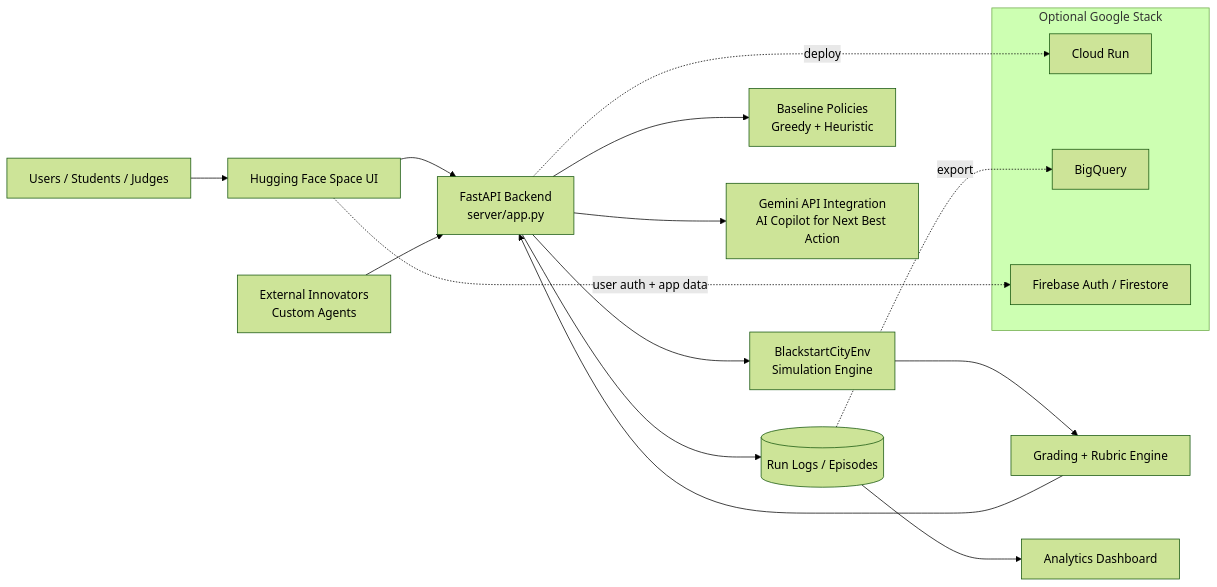
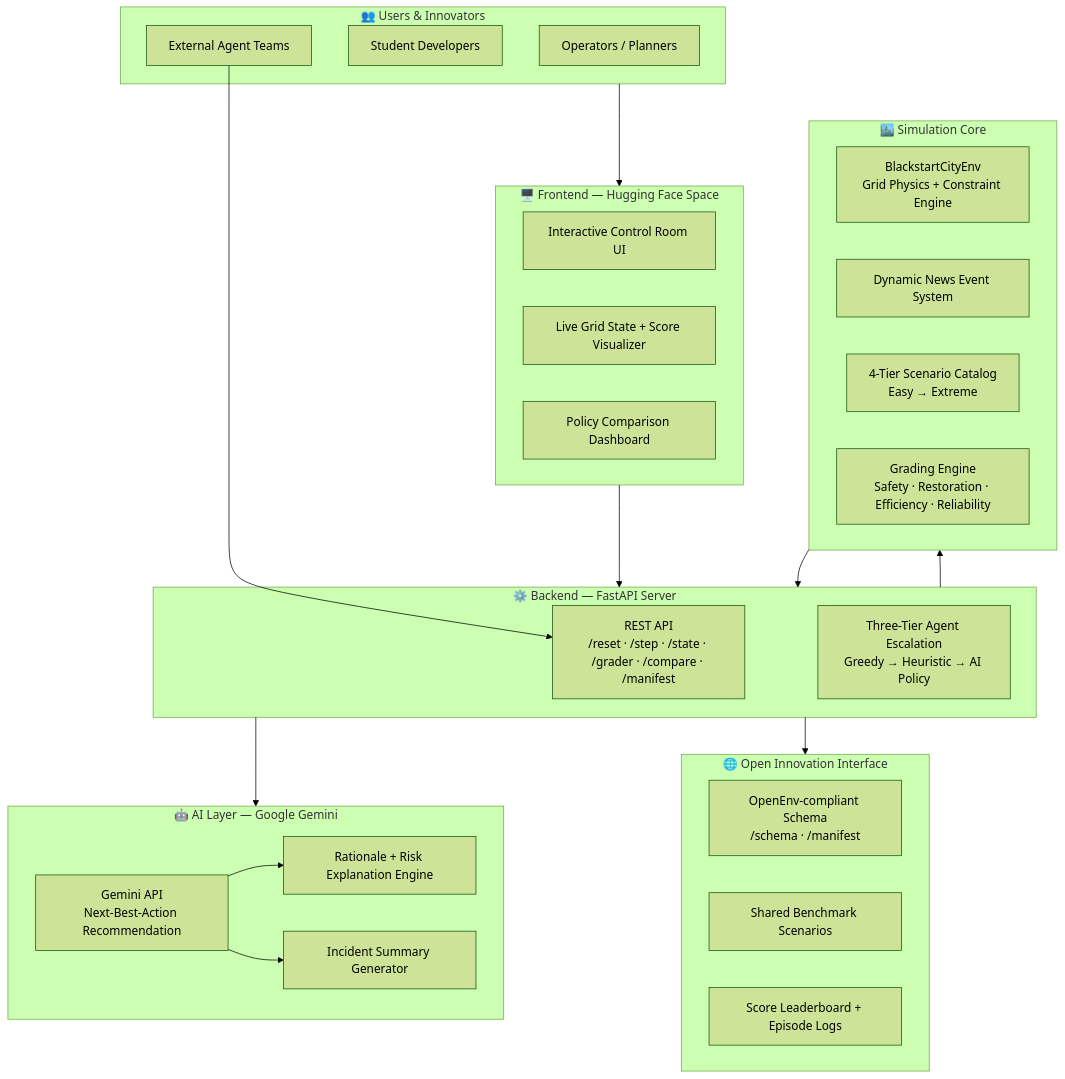
Before and after one commit to Ankitpatil944/blackout-city: the diagram in README.md, drawn with Mermaid (forest theme). The commit also changed other lines of this file, not shown here.

First line of the commit message:
docs: add win-worthy open innovation architecture diagram with Gemini as core AI layer

````diff
--- a/README.md
+++ b/README.md
@@ -70,27 +70,48 @@
 ```mermaid
-flowchart LR
-    U[Users / Students / Judges] --> HF[Hugging Face Space UI]
-
-    HF --> API[FastAPI Backend<br/>server/app.py]
-    API --> ENV[BlackstartCityEnv<br/>Simulation Engine]
-    ENV --> GR[Grading + Rubric Engine]
-    GR --> API
-
-    API --> BASE[Baseline Policies<br/>Greedy + Heuristic]
-    API --> LLM[Gemini API Integration<br/>AI Copilot for Next Best Action]
-
-    API --> LOGS[(Run Logs / Episodes)]
-    LOGS --> DASH[Analytics Dashboard]
-
-    EXT[External Innovators<br/>Custom Agents] --> API
-
-    subgraph Optional Google Stack
-      RUN[Cloud Run]
-      BQ[BigQuery]
-      FB[Firebase Auth / Firestore]
+flowchart TB
+    subgraph Users["👥 Users & Innovators"]
+        U1[Operators / Planners]
+        U2[Student Developers]
+        U3[External Agent Teams]
     end
 
-    API -. deploy .-> RUN
-    LOGS -. export .-> BQ
-    HF -. user auth + app data .-> FB
+    subgraph Frontend["🖥️ Frontend — Hugging Face Space"]
+        UI[Interactive Control Room UI]
+        VIZ[Live Grid State + Score Visualizer]
+        COMP[Policy Comparison Dashboard]
+    end
+
+    subgraph Backend["⚙️ Backend — FastAPI Server"]
+        API[REST API<br/>/reset · /step · /state · /grader · /compare · /manifest]
+        TIER[Three-Tier Agent Escalation<br/>Greedy → Heuristic → AI Policy]
+    end
+
+    subgraph AI["🤖 AI Layer — Google Gemini"]
+        GEM[Gemini API<br/>Next-Best-Action Recommendation]
+        EXP[Rationale + Risk Explanation Engine]
+        SUM[Incident Summary Generator]
+    end
+
+    subgraph Core["🏙️ Simulation Core"]
+        ENV[BlackstartCityEnv<br/>Grid Physics + Constraint Engine]
+        NEWS[Dynamic News Event System]
+        TASKS[4-Tier Scenario Catalog<br/>Easy → Extreme]
+        GRADE[Grading Engine<br/>Safety · Restoration · Efficiency · Reliability]
+    end
+
+    subgraph Open["🌐 Open Innovation Interface"]
+        SCHEMA[OpenEnv-compliant Schema<br/>/schema · /manifest]
+        BENCH[Shared Benchmark Scenarios]
+        LEAD[Score Leaderboard + Episode Logs]
+    end
+
+    Users --> Frontend
+    Frontend --> Backend
+    Backend --> AI
+    Backend --> Core
+    Core --> Backend
+    Backend --> Open
+    U3 --> API
+    GEM --> EXP
+    GEM --> SUM
 ```
````
